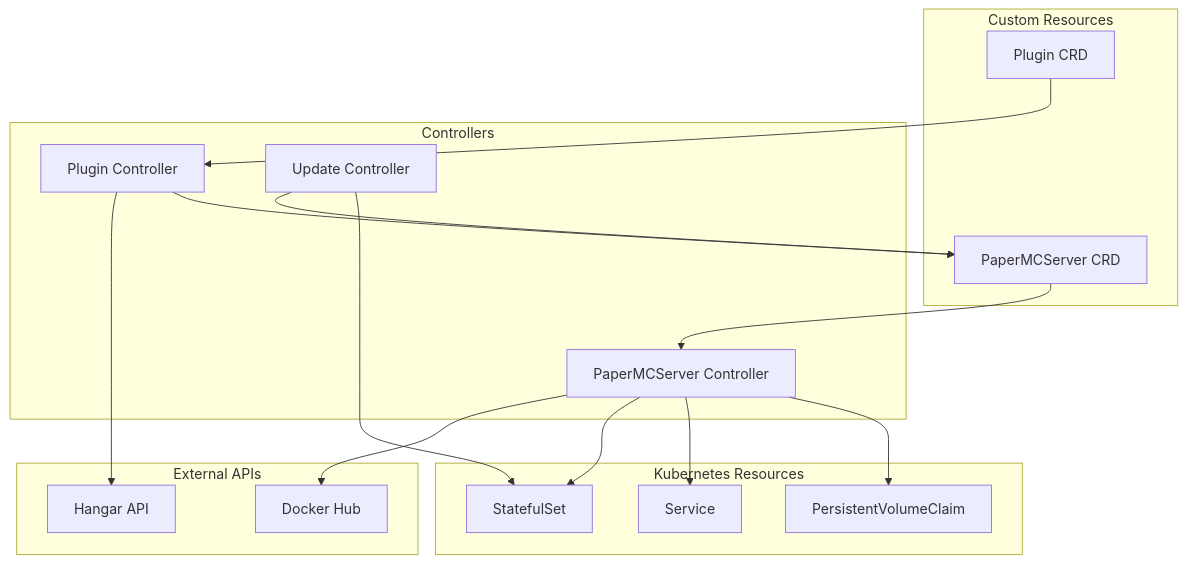
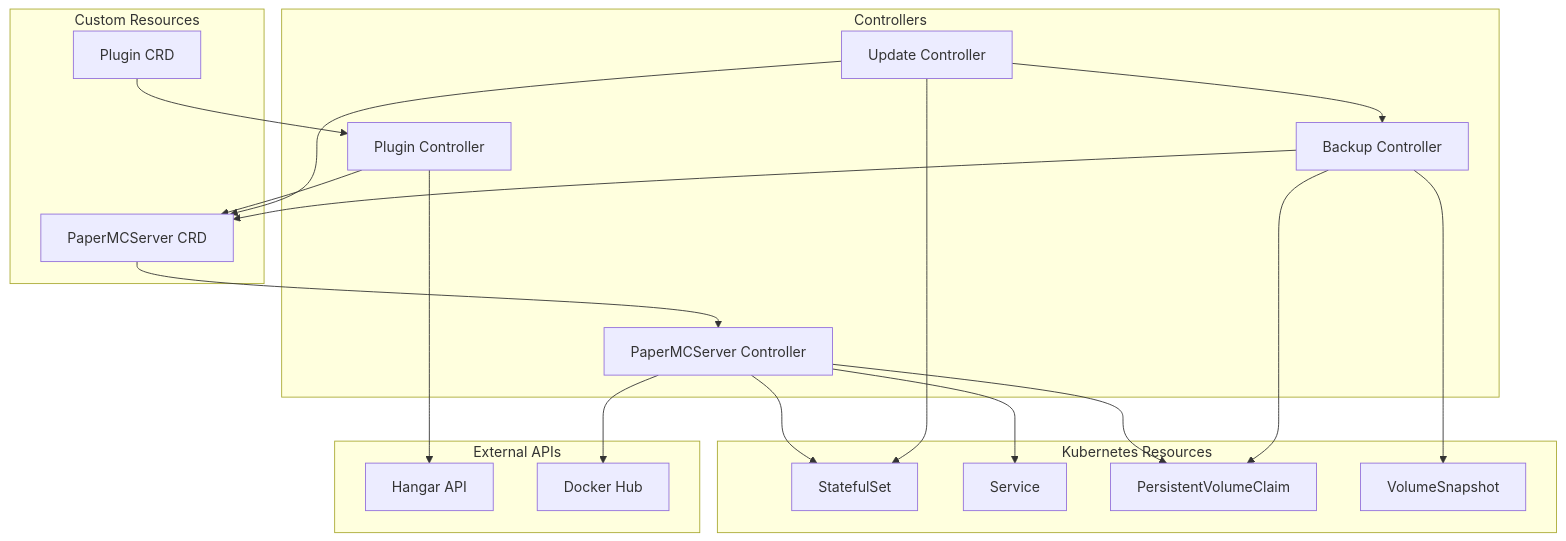
The diagram in docs/architecture/index.md (lexfrei/minecraft-operator), drawn with Mermaid before and after one commit. The commit also changed other lines of this file and 36 other files, not shown here.

First line of the commit message:
feat(backup): add VolumeSnapshot backups with RCON consistency hooks (#36)

````diff
--- a/docs/architecture/index.md
+++ b/docs/architecture/index.md
@@ -9,38 +9,45 @@
 ```mermaid
 graph TB
     subgraph "Custom Resources"
         Plugin[Plugin CRD]
         Server[PaperMCServer CRD]
     end
 
     subgraph "Controllers"
         PC[Plugin Controller]
         SC[PaperMCServer Controller]
         UC[Update Controller]
+        BC[Backup Controller]
     end
 
     subgraph "External APIs"
         Hangar[Hangar API]
         Docker[Docker Hub]
     end
 
     subgraph "Kubernetes Resources"
         STS[StatefulSet]
         SVC[Service]
         PVC[PersistentVolumeClaim]
+        VS[VolumeSnapshot]
     end
 
     Plugin --> PC
     Server --> SC
 
     PC --> Hangar
     PC --> Server
 
     SC --> Docker
     SC --> STS
     SC --> SVC
     SC --> PVC
 
     UC --> Server
     UC --> STS
+    UC --> BC
+
+    BC --> Server
+    BC --> VS
+    BC --> PVC
 ```
````
